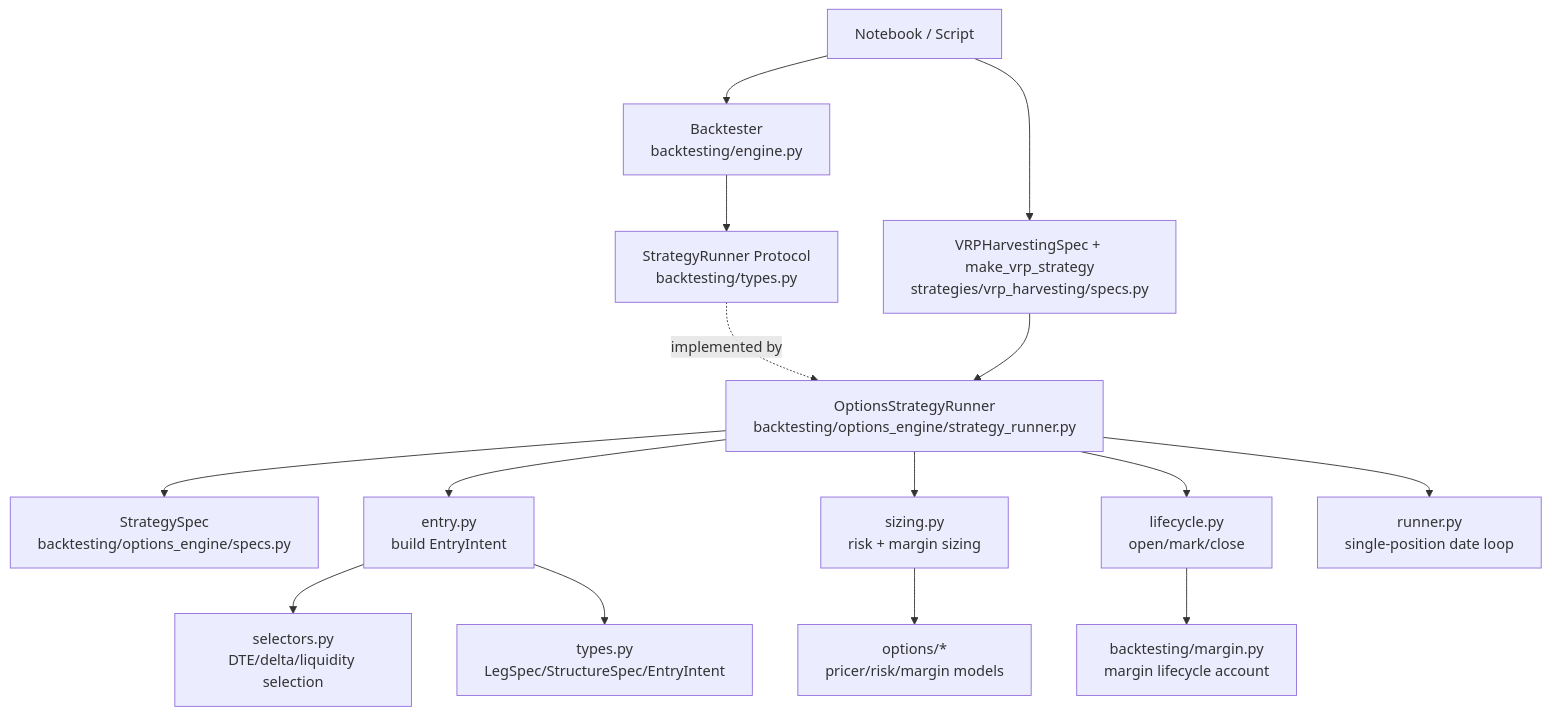
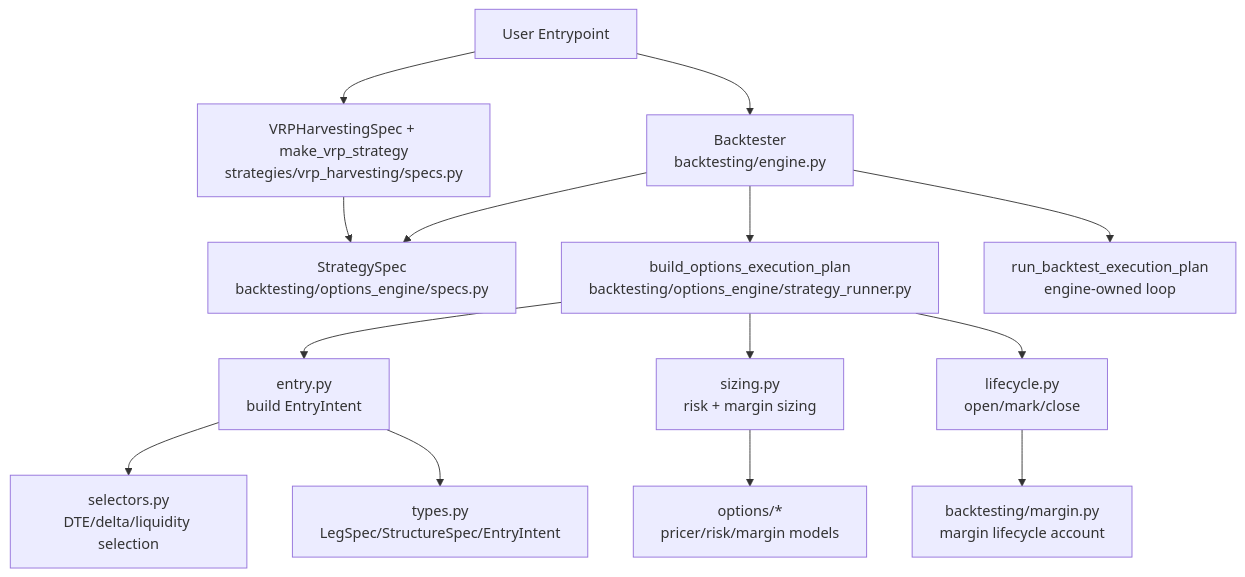
One commit to anthonymakarewicz/volatility-trading changed the first of 3 diagrams in docs/reference/options_backtesting_architecture.md. Above: the diagram before and after it, drawn with Mermaid. The commit also changed other lines of this file and 13 other files, not shown here.

````diff
--- a/docs/reference/options_backtesting_architecture.md
+++ b/docs/reference/options_backtesting_architecture.md
@@ -24,20 +24,17 @@
 ```mermaid
 flowchart TD
-    A[Notebook / Script] --> B[Backtester<br/>backtesting/engine.py]
-    B --> C[StrategyRunner Protocol<br/>backtesting/types.py]
-    C -.implemented by.-> D[OptionsStrategyRunner<br/>backtesting/options_engine/strategy_runner.py]
+    A[User Entrypoint] --> B[Backtester<br/>backtesting/engine.py]
+    A --> C[VRPHarvestingSpec + make_vrp_strategy<br/>strategies/vrp_harvesting/specs.py]
+    C --> D[StrategySpec<br/>backtesting/options_engine/specs.py]
+    B --> D
+    B --> E[build_options_execution_plan<br/>backtesting/options_engine/strategy_runner.py]
+    E --> F[entry.py<br/>build EntryIntent]
+    E --> G[sizing.py<br/>risk + margin sizing]
+    E --> H[lifecycle.py<br/>open/mark/close]
+    B --> I[run_backtest_execution_plan<br/>engine-owned loop]
 
-    A --> E[VRPHarvestingSpec + make_vrp_strategy<br/>strategies/vrp_harvesting/specs.py]
-    E --> D
-
-    D --> F[StrategySpec<br/>backtesting/options_engine/specs.py]
-    D --> G[entry.py<br/>build EntryIntent]
-    D --> H[sizing.py<br/>risk + margin sizing]
-    D --> I[lifecycle.py<br/>open/mark/close]
-    D --> J[runner.py<br/>single-position date loop]
-
-    G --> K[selectors.py<br/>DTE/delta/liquidity selection]
-    G --> L[types.py<br/>LegSpec/StructureSpec/EntryIntent]
-    H --> M[options/*<br/>pricer/risk/margin models]
-    I --> N[backtesting/margin.py<br/>margin lifecycle account]
+    F --> J[selectors.py<br/>DTE/delta/liquidity selection]
+    F --> K[types.py<br/>LegSpec/StructureSpec/EntryIntent]
+    G --> L[options/*<br/>pricer/risk/margin models]
+    H --> M[backtesting/margin.py<br/>margin lifecycle account]
 ```
````
